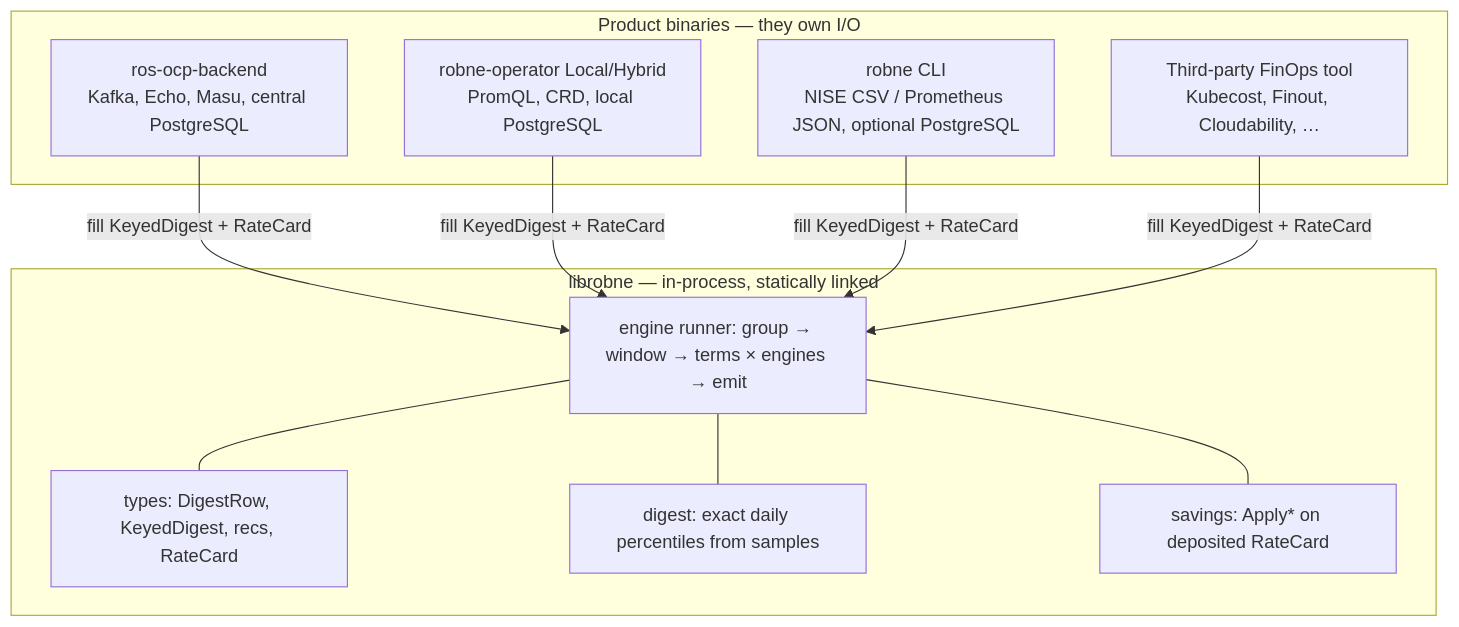
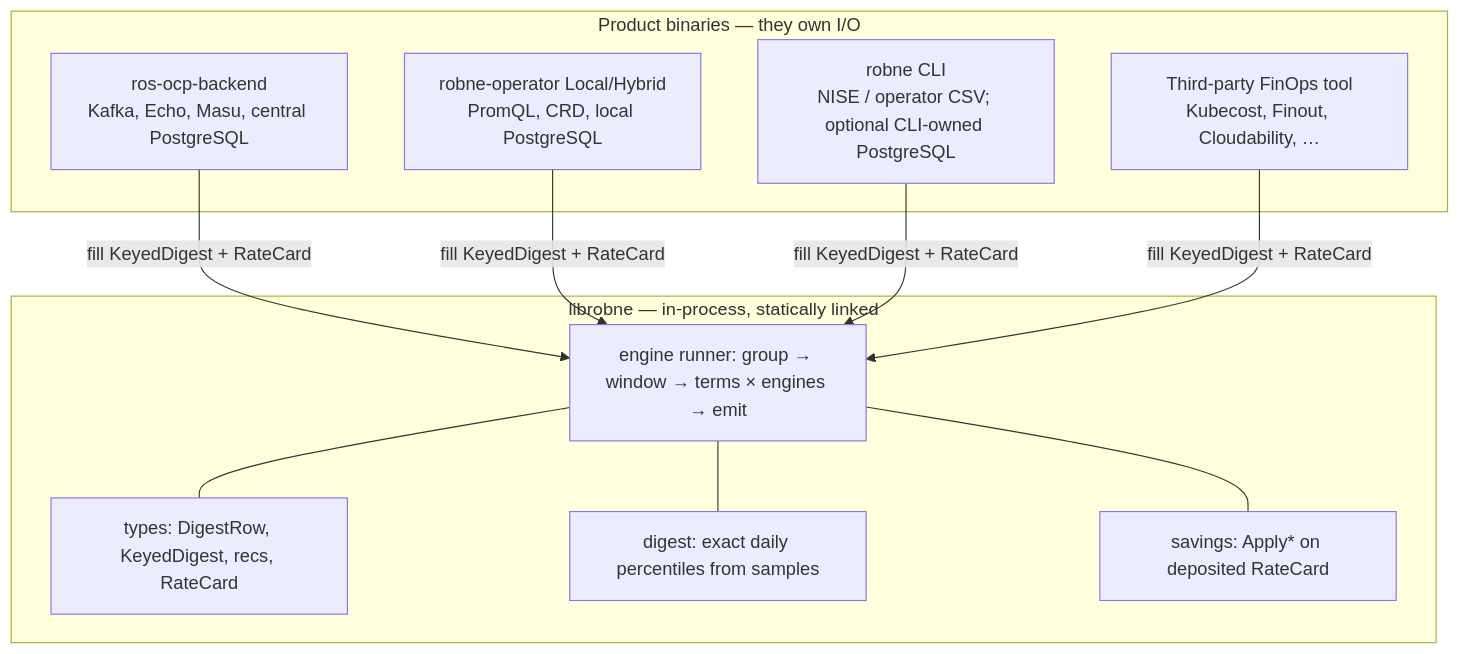
The first of 3 diagrams in docs/plans/librobne-extraction-blueprint.md (pgarciaq/ros-ocp-backend), drawn with Mermaid before and after one commit. The commit also changed other lines of this file and 10 other files, not shown here.

First line of the commit message:
Lock robne CLI Phase 2a as pedestrian Postgres upsert

````diff
--- a/docs/plans/librobne-extraction-blueprint.md
+++ b/docs/plans/librobne-extraction-blueprint.md
@@ -69,22 +69,22 @@
 ```mermaid
 flowchart TB
   subgraph products ["Product binaries — they own I/O"]
     backend["ros-ocp-backend<br/>Kafka, Echo, Masu, central PostgreSQL"]
     operator["robne-operator Local/Hybrid<br/>PromQL, CRD, local PostgreSQL"]
-    cli["robne CLI<br/>NISE CSV / Prometheus JSON, optional PostgreSQL"]
+    cli["robne CLI<br/>NISE / operator CSV; optional CLI-owned PostgreSQL"]
     third["Third-party FinOps tool<br/>Kubecost, Finout, Cloudability, …"]
   end
   subgraph lib ["librobne — in-process, statically linked"]
     types["types: DigestRow, KeyedDigest, recs, RateCard"]
     digest["digest: exact daily percentiles from samples"]
     engine["engine runner: group → window → terms × engines → emit"]
     savings["savings: Apply* on deposited RateCard"]
   end
   backend -->|"fill KeyedDigest + RateCard"| engine
   operator -->|"fill KeyedDigest + RateCard"| engine
   cli -->|"fill KeyedDigest + RateCard"| engine
   third -->|"fill KeyedDigest + RateCard"| engine
   engine --- types
   engine --- digest
   engine --- savings
 ```
````
